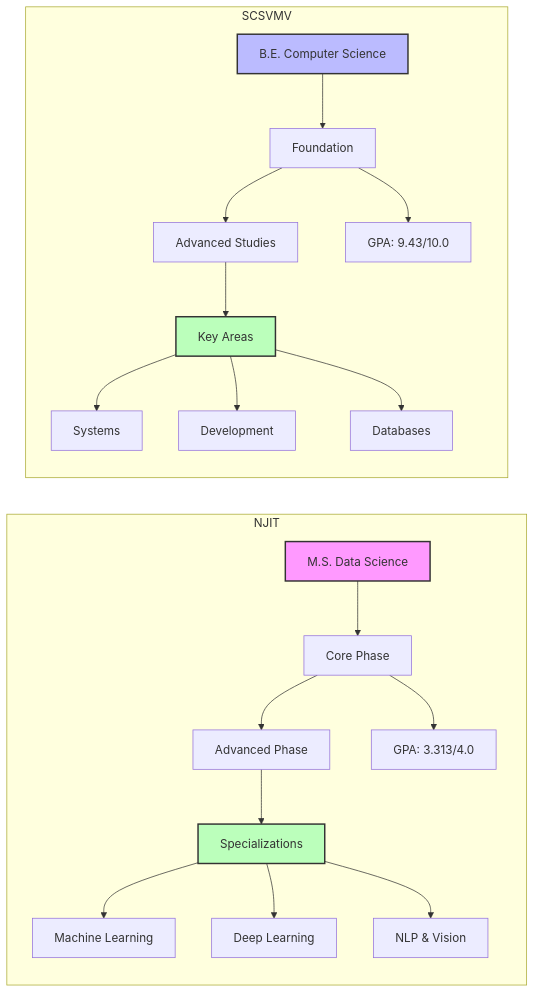
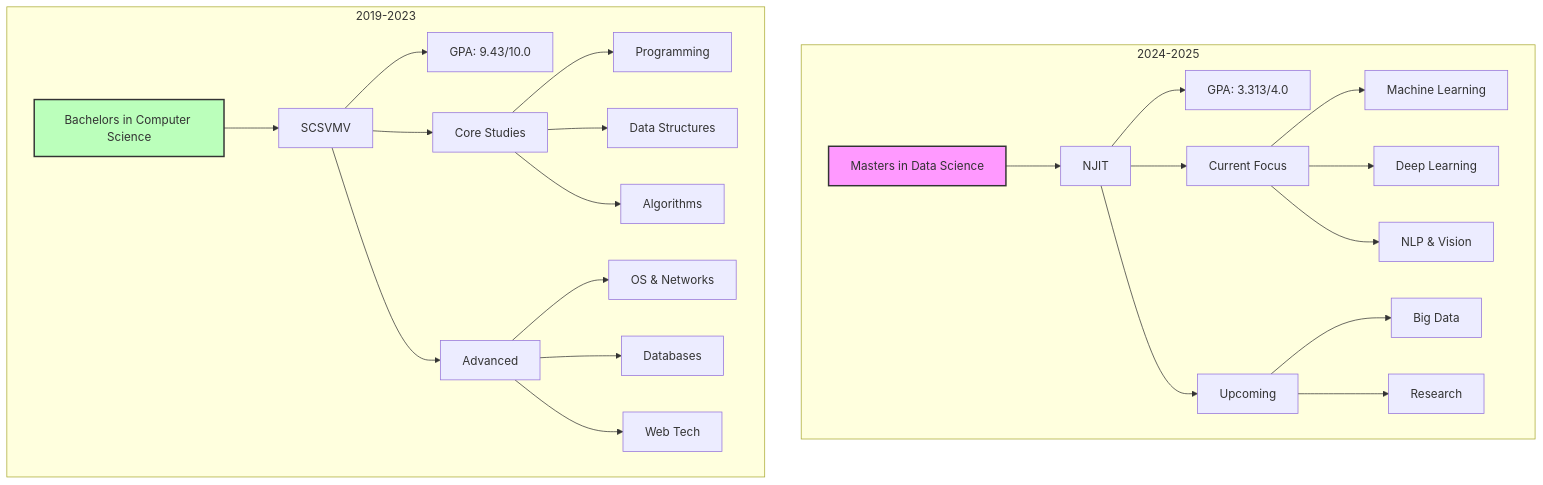
The first of 14 diagrams in README.md (saisrinivas194/saisrinivas194), drawn with Mermaid before and after one commit. The commit also changed other lines of this file, not shown here.

````diff
--- a/README.md
+++ b/README.md
@@ -53,27 +37,33 @@
 ```mermaid
-graph LR
-    subgraph NJIT
-    A[M.S. Data Science] --> B[Core Phase]
-    B --> C[Advanced Phase]
-    B --> D[GPA: 3.313/4.0]
-    C --> E[Specializations]
-    E --> F[Machine Learning]
-    E --> G[Deep Learning]
-    E --> H[NLP & Vision]
-    end
-    
-    subgraph SCSVMV
-    I[B.E. Computer Science] --> J[Foundation]
-    J --> K[Advanced Studies]
-    J --> L[GPA: 9.43/10.0]
-    K --> M[Key Areas]
-    M --> N[Systems]
-    M --> O[Development]
-    M --> P[Databases]
+graph TB
+    classDef currentNode fill:#f9f,stroke:#333,stroke-width:2px;
+    classDef completedNode fill:#bfb,stroke:#333,stroke-width:2px;
+    classDef futureNode fill:#bbf,stroke:#333,stroke-width:2px;
+
+    subgraph 2024-2025
+    A[Masters in Data Science]:::currentNode
+    A --> B[NJIT]
+    B --> C[GPA: 3.313/4.0]
+    B --> D[Current Focus]
+    D --> E[Machine Learning]
+    D --> F[Deep Learning]
+    D --> G[NLP & Vision]
+    B --> H[Upcoming]
+    H --> I[Big Data]
+    H --> J[Research]
     end
 
-    style A fill:#f9f,stroke:#333,stroke-width:2px
-    style I fill:#bbf,stroke:#333,stroke-width:2px
-    style E fill:#bfb,stroke:#333,stroke-width:2px
-    style M fill:#bfb,stroke:#333,stroke-width:2px
+    subgraph 2019-2023
+    K[Bachelors in Computer Science]:::completedNode
+    K --> L[SCSVMV]
+    L --> M[GPA: 9.43/10.0]
+    L --> N[Core Studies]
+    N --> O[Programming]
+    N --> P[Data Structures]
+    N --> Q[Algorithms]
+    L --> R[Advanced]
+    R --> S[OS & Networks]
+    R --> T[Databases]
+    R --> U[Web Tech]
+    end
 ```
````
